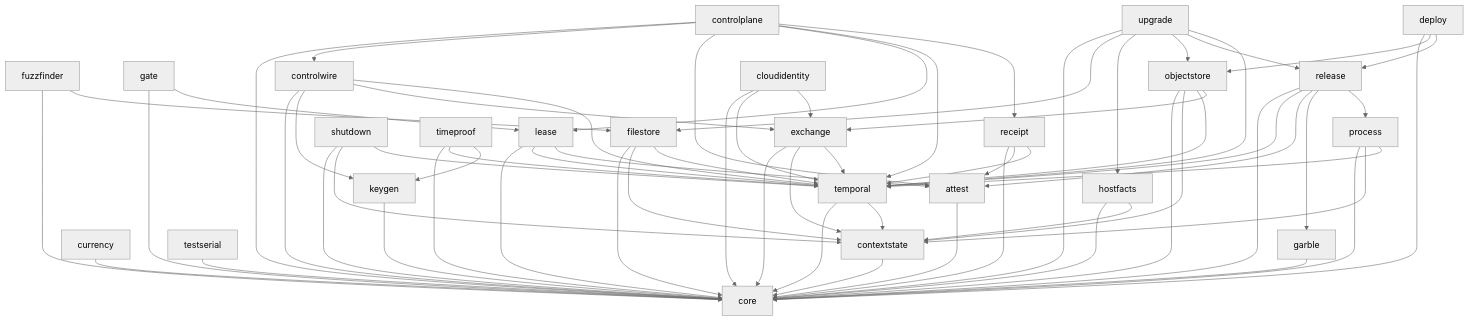
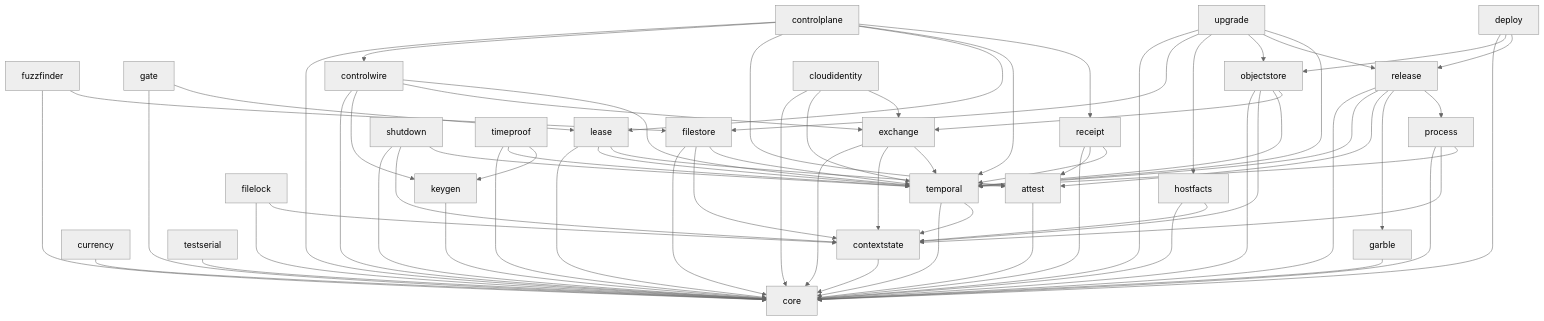
Before and after one commit to deliri/primitive: the diagram in README.md, drawn with Mermaid (neutral theme). The commit also changed 12 other files, not shown here.

````diff
--- a/README.md
+++ b/README.md
@@ -26,76 +26,78 @@
 ```mermaid
 flowchart TD
     core[core]
 
     attest[attest] --> core
     contextstate[contextstate] --> core
     currency[currency] --> core
     garble[garble] --> core
     keygen[keygen] --> core
     testserial[testserial] --> core
 
+    filelock[filelock] --> core
+    filelock --> contextstate
     filestore[filestore] --> core
     filestore --> contextstate
     filestore --> temporal
     hostfacts[hostfacts] --> core
     hostfacts --> contextstate
     temporal[temporal] --> core
     temporal --> contextstate
 
     exchange[exchange] --> core
     exchange --> contextstate
     exchange --> temporal
     fuzzfinder[fuzzfinder] --> core
     fuzzfinder --> filestore
     lease[lease] --> core
     lease --> temporal
     lease --> attest
     gate[gate] --> core
     gate --> lease
     receipt[receipt] --> core
     receipt --> attest
     receipt --> temporal
     controlwire[controlwire] --> core
     controlwire --> keygen
     controlwire --> exchange
     controlwire --> temporal
     controlplane[controlplane] --> core
     controlplane --> controlwire
     controlplane --> attest
     controlplane --> lease
     controlplane --> temporal
     controlplane --> receipt
     process[process] --> core
     process --> contextstate
     process --> temporal
     release[release] --> core
     release --> temporal
     release --> attest
     release --> garble
     release --> process
     shutdown[shutdown] --> core
     shutdown --> contextstate
     shutdown --> temporal
 
     objectstore[objectstore] --> core
     objectstore --> contextstate
     objectstore --> temporal
     objectstore --> exchange
     timeproof[timeproof] --> core
     timeproof --> temporal
     timeproof --> keygen
     cloudidentity[cloudidentity] --> core
     cloudidentity --> temporal
     cloudidentity --> exchange
 
     deploy[deploy] --> core
     deploy --> objectstore
     deploy --> release
 
     upgrade[upgrade] --> core
     upgrade --> filestore
     upgrade --> hostfacts
     upgrade --> objectstore
     upgrade --> release
     upgrade --> temporal
 ```
````
